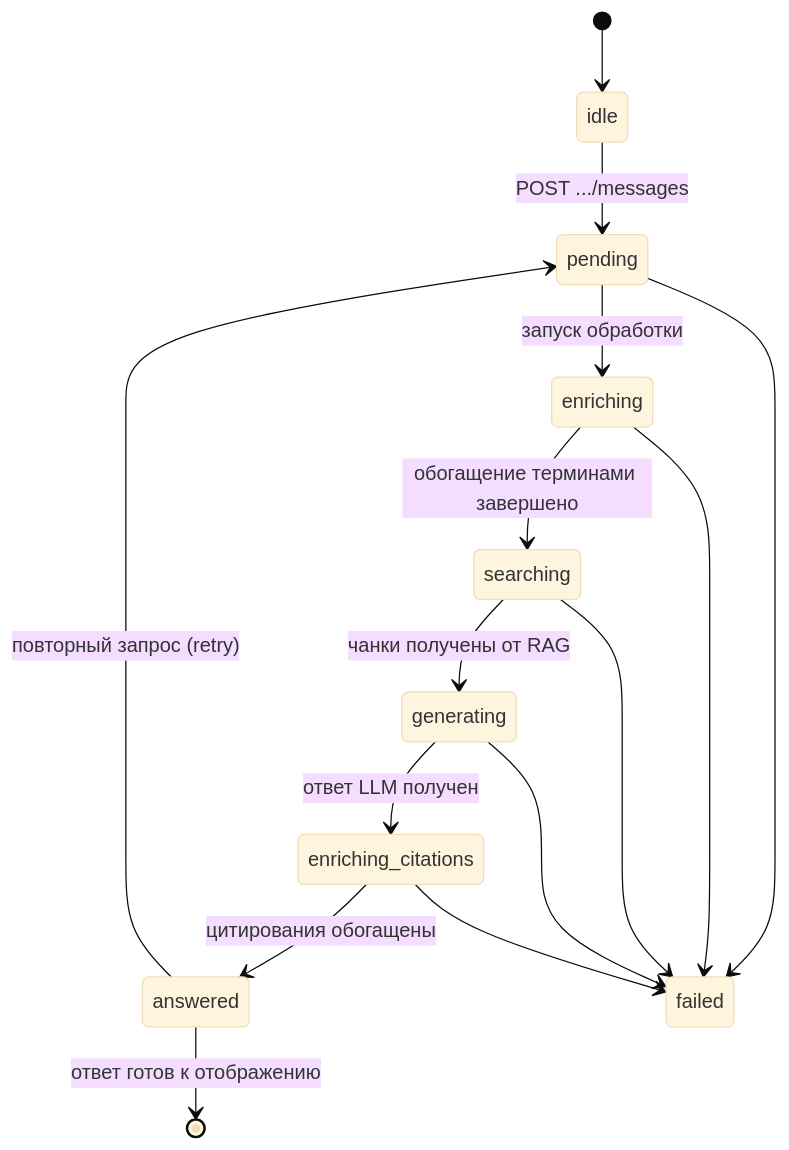
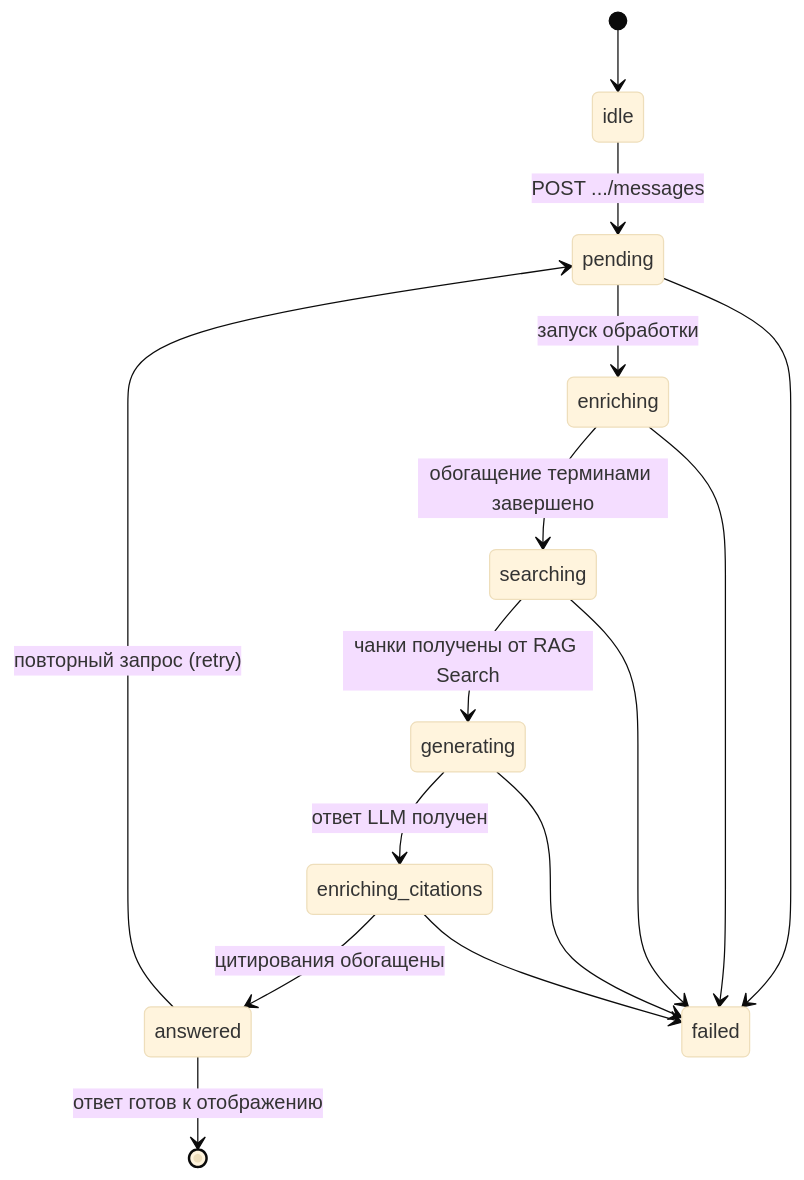
Before and after one commit to MasterKSAF/PKB: the second of 3 diagrams in docs/pipelines/pipeline3-search.md, drawn with Mermaid (base theme). The commit also changed other lines of this file and 23 other files, not shown here.

````diff
--- a/docs/pipelines/pipeline3-search.md
+++ b/docs/pipelines/pipeline3-search.md
@@ -163,19 +163,19 @@
 ```mermaid
 stateDiagram-v2
     [*] --> idle
     idle --> pending : POST .../messages
     pending --> enriching : запуск обработки
     enriching --> searching : обогащение терминами завершено
-    searching --> generating : чанки получены от RAG
+    searching --> generating : чанки получены от RAG Search
     generating --> enriching_citations : ответ LLM получен
     enriching_citations --> answered : цитирования обогащены
     answered --> [*] : ответ готов к отображению
 
     pending --> failed
     enriching --> failed
     searching --> failed
     generating --> failed
     enriching_citations --> failed
     
     answered --> pending : повторный запрос (retry)
 ```
````
